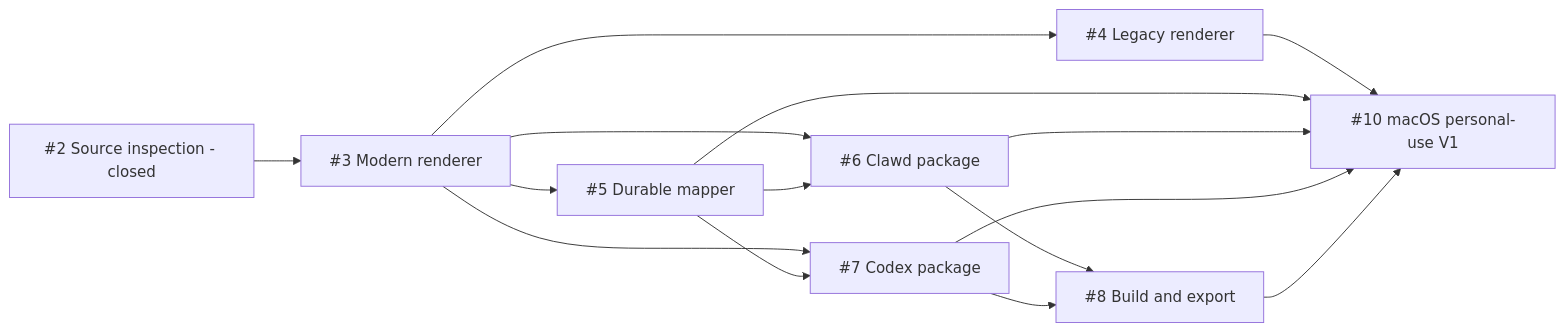
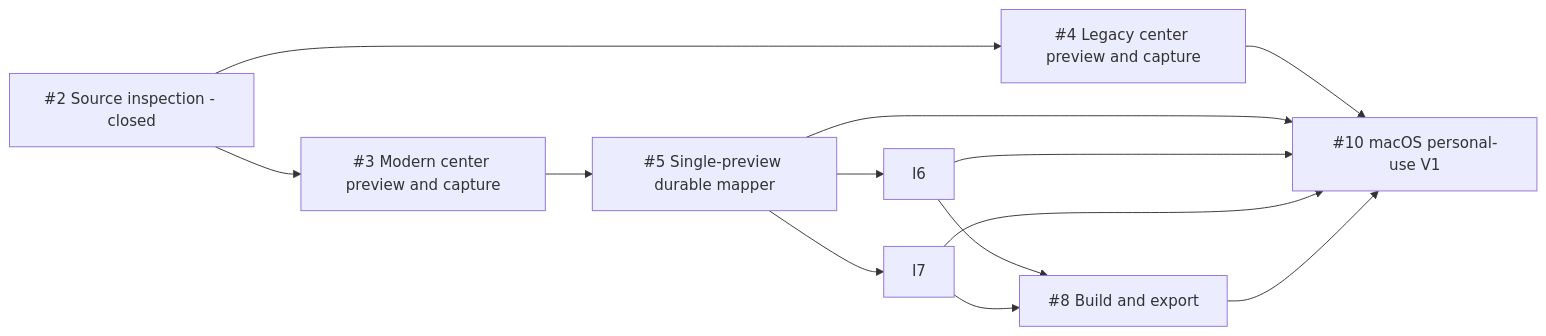
One commit to receyuki/live2pet changed the diagram in docs/plans/live2pet-v1-implementation-plan.md. Above: the diagram before and after it, drawn with Mermaid. The commit also changed other lines of this file and 5 other files, not shown here.

Commit message:
docs: make center preview the sole v1 workflow

````diff
--- a/docs/plans/live2pet-v1-implementation-plan.md
+++ b/docs/plans/live2pet-v1-implementation-plan.md
@@ -138,17 +128,15 @@
 ```mermaid
 flowchart LR
-    I2[#2 Source inspection - closed] --> I3[#3 Modern renderer]
-    I3 --> I4[#4 Legacy renderer]
-    I3 --> I5[#5 Durable mapper]
-    I3 --> I6[#6 Clawd package]
+    I2[#2 Source inspection - closed] --> I3[#3 Modern center preview and capture]
+    I2 --> I4[#4 Legacy center preview and capture]
+    I3 --> I5[#5 Single-preview durable mapper]
     I5 --> I6
-    I3 --> I7[#7 Codex package]
     I5 --> I7
     I6 --> I8[#8 Build and export]
     I7 --> I8
     I4 --> I10[#10 macOS personal-use V1]
     I5 --> I10
     I6 --> I10
     I7 --> I10
     I8 --> I10
 ```
````
